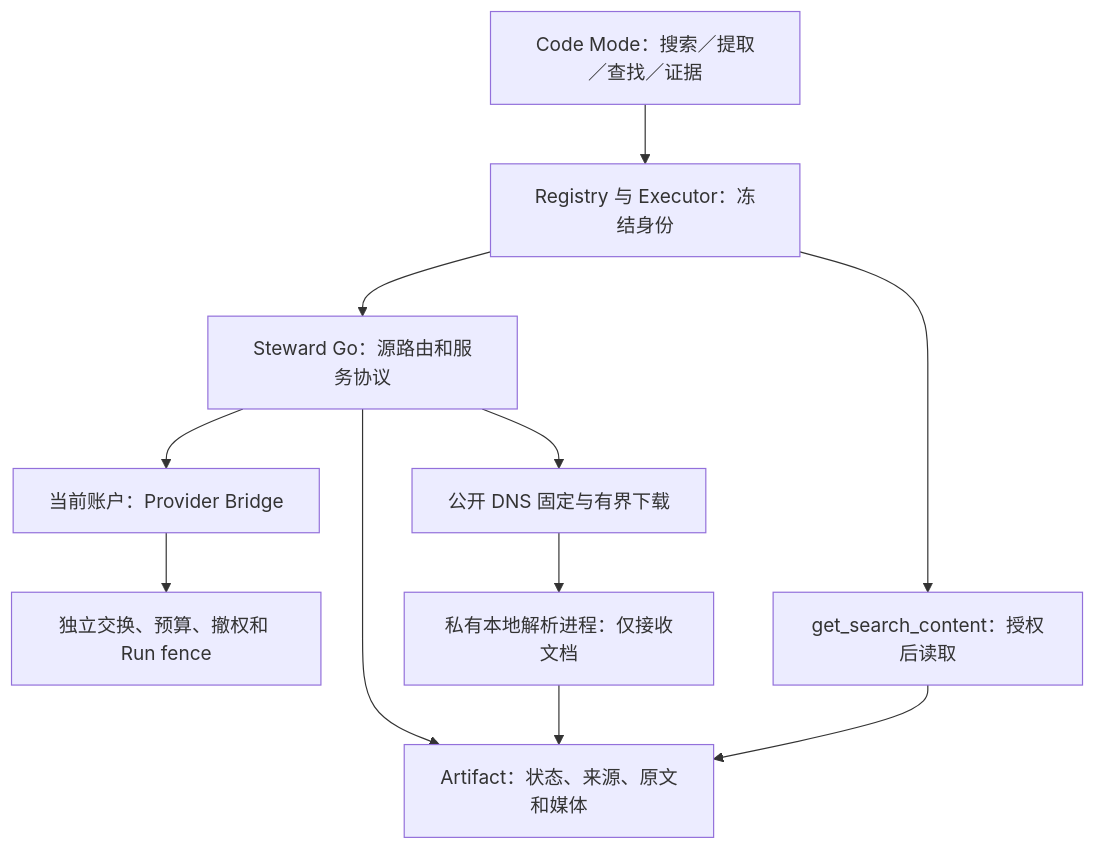
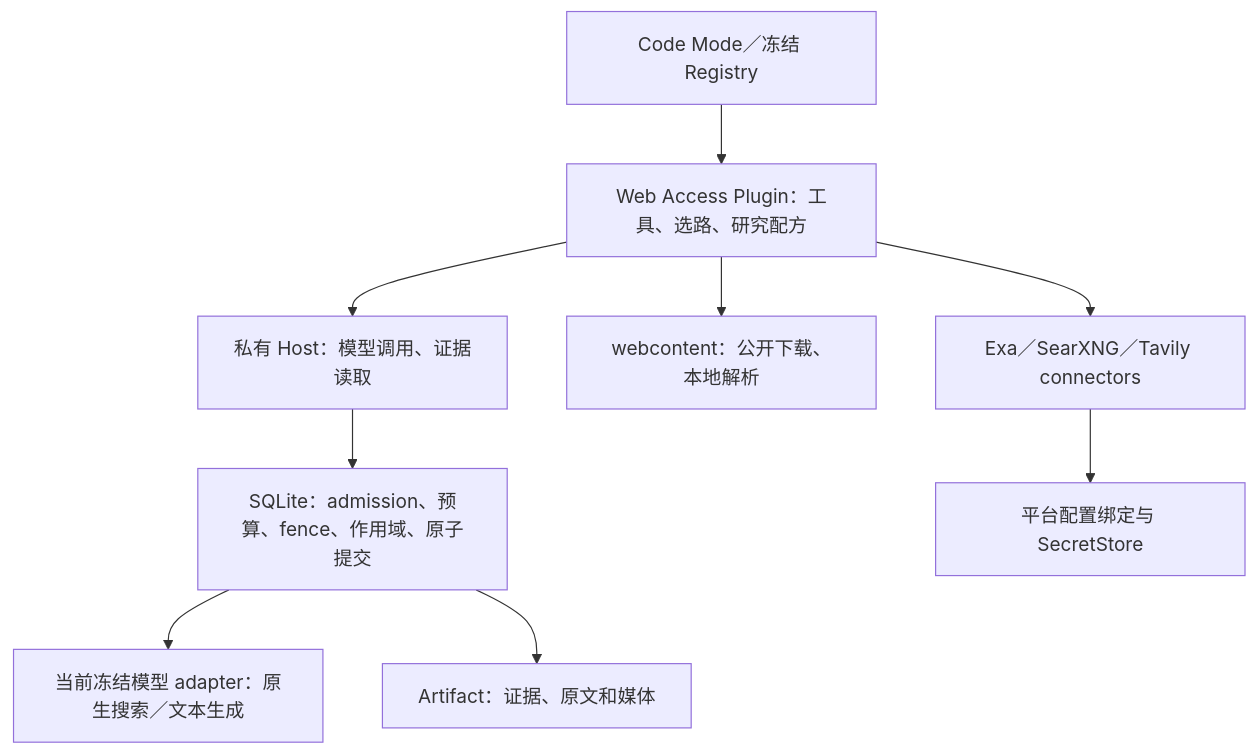
The second of 3 diagrams in docs/designs/integrations.md (z-chenhao/assistant), drawn with Mermaid before and after one commit. The commit also changed other lines of this file and 36 other files, not shown here.

First line of the commit message:
refactor(web-access): separate plugin, connectors and platform host (#157)

````diff
--- a/docs/designs/integrations.md
+++ b/docs/designs/integrations.md
@@ -209,13 +219,11 @@
 ```mermaid
 flowchart TD
-    C["Code Mode：搜索／提取／查找／证据"] --> E["Registry 与 Executor：冻结身份"]
-    E --> W["Steward Go：源路由和服务协议"]
-    W --> M["当前账户：Provider Bridge"]
-    M --> B["独立交换、预算、撤权和 Run fence"]
-    W --> P["公开 DNS 固定与有界下载"]
-    P --> X["私有本地解析进程：仅接收文档"]
-    W --> A["Artifact：状态、来源、原文和媒体"]
-    X --> A
-    E --> R["get_search_content：授权后读取"]
-    R --> A
+    C["Code Mode／冻结 Registry"] --> P["Web Access Plugin：工具、选路、研究配方"]
+    P --> S["Exa／SearXNG／Tavily connectors"]
+    P --> X["webcontent：公开下载、本地解析"]
+    P --> H["私有 Host：模型调用、证据读取"]
+    H --> Q["SQLite：admission、预算、fence、作用域、原子提交"]
+    Q --> M["当前冻结模型 adapter：原生搜索／文本生成"]
+    Q --> A["Artifact：证据、原文和媒体"]
+    S --> K["平台配置绑定与 SecretStore"]
 ```
````
